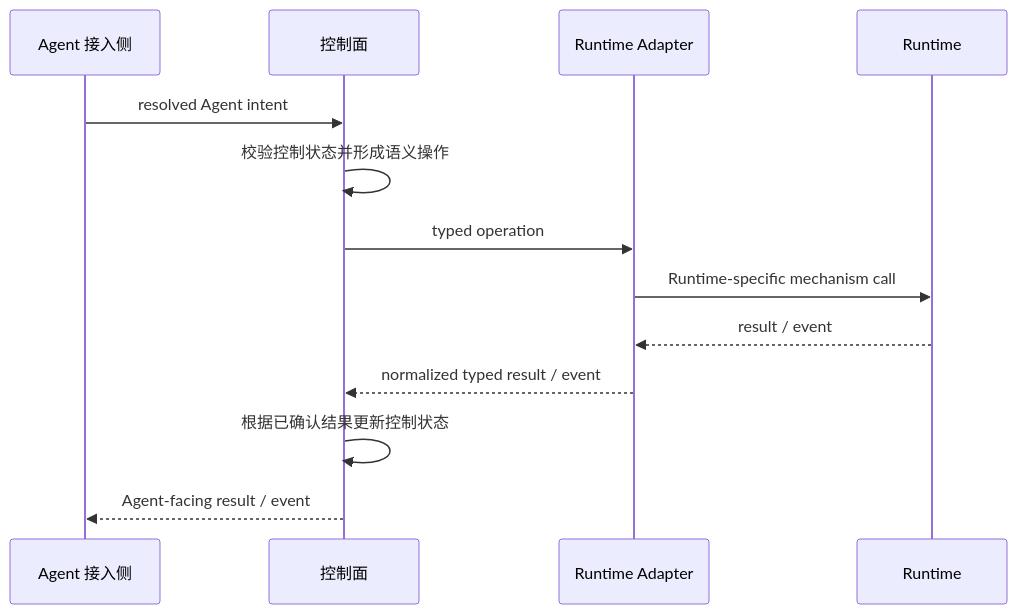
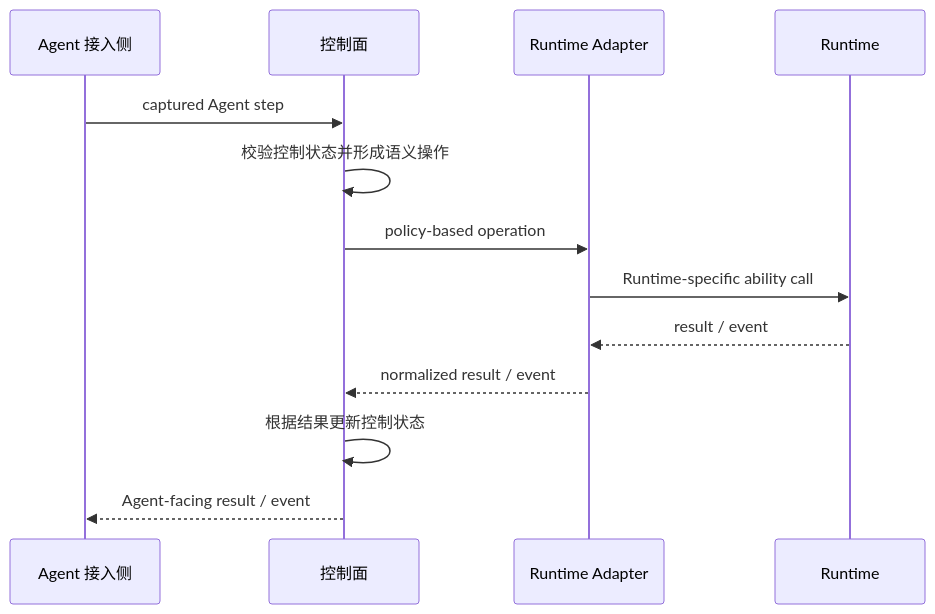
One commit to bettermultiply/AgentScout changed the diagram in docs/architecture.md. Above: the diagram before and after it, drawn with Mermaid. The commit also changed other lines of this file, not shown here.

Commit message:
docs: refine AScout architecture

````diff
--- a/docs/architecture.md
+++ b/docs/architecture.md
@@ -79,16 +27,16 @@
 ```mermaid
 sequenceDiagram
     participant A as Agent 接入侧
     participant C as 控制面
     participant D as Runtime Adapter
     participant R as Runtime
 
-    A->>C: resolved Agent intent
+    A->>C: captured Agent step
     C->>C: 校验控制状态并形成语义操作
-    C->>D: typed operation
-    D->>R: Runtime-specific mechanism call
+    C->>D: policy-based operation
+    D->>R: Runtime-specific ability call
     R-->>D: result / event
-    D-->>C: normalized typed result / event
-    C->>C: 根据已确认结果更新控制状态
+    D-->>C: normalized result / event
+    C->>C: 根据结果更新控制状态
     C-->>A: Agent-facing result / event
 ```
````
